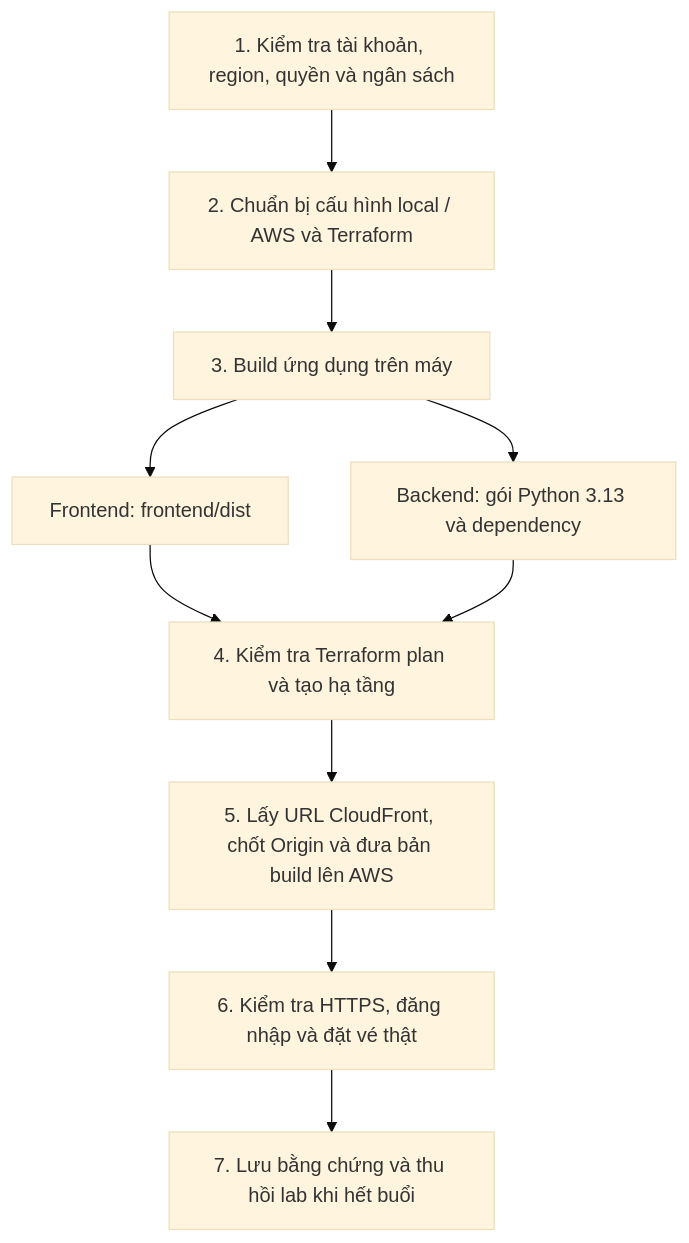
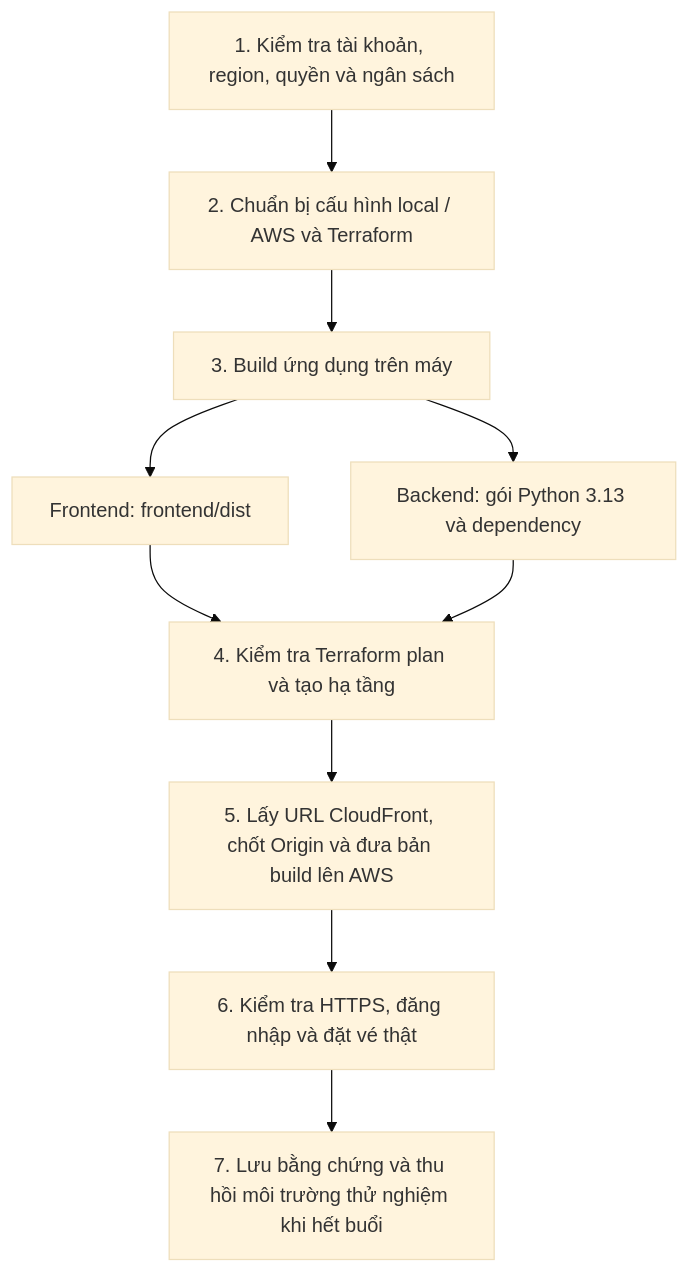
Before and after one commit to leanhquan0211/FCAJ-23521254-23521225: the first of 3 diagrams in docs/aws-deployment-plan.md, drawn with Mermaid (base theme). The commit also changed other lines of this file and 4 other files, not shown here.

````diff
--- a/docs/aws-deployment-plan.md
+++ b/docs/aws-deployment-plan.md
@@ -22,12 +26,12 @@
 ```mermaid
 flowchart TD
     A["1. Kiểm tra tài khoản, region, quyền và ngân sách"] --> B["2. Chuẩn bị cấu hình local / AWS và Terraform"]
     B --> C["3. Build ứng dụng trên máy"]
     C --> FE["Frontend: frontend/dist"]
     C --> BE["Backend: gói Python 3.13 và dependency"]
     FE --> D["4. Kiểm tra Terraform plan và tạo hạ tầng"]
     BE --> D
     D --> E["5. Lấy URL CloudFront, chốt Origin và đưa bản build lên AWS"]
     E --> F["6. Kiểm tra HTTPS, đăng nhập và đặt vé thật"]
-    F --> G["7. Lưu bằng chứng và thu hồi lab khi hết buổi"]
+    F --> G["7. Lưu bằng chứng và thu hồi môi trường thử nghiệm khi hết buổi"]
 ```
````
